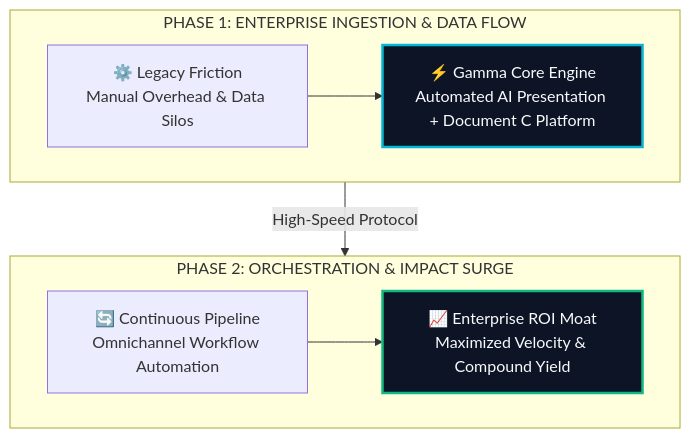
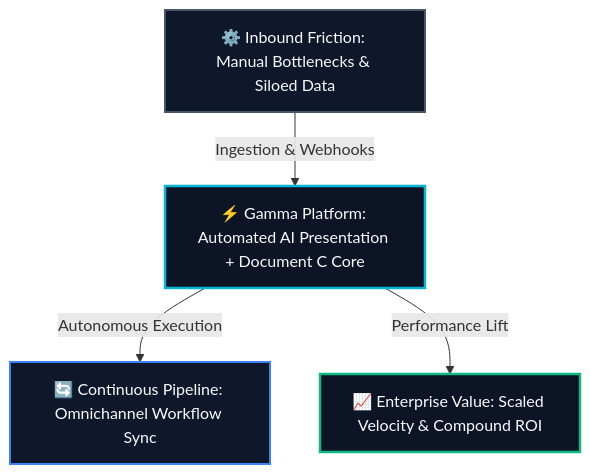
The diagram in site/src/content/blog/gamma-evolution-guide-2026.md (heliatech-media/saas-radar), drawn with Mermaid before and after one commit. The commit also changed 93 other files, not shown here.

First line of the commit message:
fix(diagrams): resolve dagre-d3 subgraph collision by migrating to balanced 3-tier Hub & Spoke architecture

````diff
--- a/site/src/content/blog/gamma-evolution-guide-2026.md
+++ b/site/src/content/blog/gamma-evolution-guide-2026.md
@@ -62,14 +62,14 @@
 ```mermaid
 flowchart TD
-    subgraph S1["PHASE 1: ENTERPRISE INGESTION & DATA FLOW"]
-        direction LR
-        A["⚙️ Legacy Friction<br/>Manual Overhead & Data Silos"] --> B["⚡ Gamma Core Engine<br/>Automated AI Presentation + Document C Platform"]
-    end
-    subgraph S2["PHASE 2: ORCHESTRATION & IMPACT SURGE"]
-        direction LR
-        C["🔄 Continuous Pipeline<br/>Omnichannel Workflow Automation"] --> D["📈 Enterprise ROI Moat<br/>Maximized Velocity & Compound Yield"]
-    end
-    S1 -->|High-Speed Protocol| S2
-    style B fill:#0c1425,stroke:#06b6d4,stroke-width:2.5px,color:#f8fafc
-    style D fill:#0c1425,stroke:#10b981,stroke-width:2.5px,color:#f8fafc
+    Inp["⚙️ Inbound Friction: Manual Bottlenecks & Siloed Data"]
+    Eng["⚡ Gamma Platform: Automated AI Presentation + Document C Core"]
+    Out1["🔄 Continuous Pipeline: Omnichannel Workflow Sync"]
+    Out2["📈 Enterprise Value: Scaled Velocity & Compound ROI"]
+    Inp -->|Ingestion & Webhooks| Eng
+    Eng -->|Autonomous Execution| Out1
+    Eng -->|Performance Lift| Out2
+    style Inp fill:#0f172a,stroke:#475569,stroke-width:2px,color:#f8fafc
+    style Eng fill:#0c1425,stroke:#06b6d4,stroke-width:2.5px,color:#f8fafc
+    style Out1 fill:#0f172a,stroke:#3b82f6,stroke-width:2px,color:#f8fafc
+    style Out2 fill:#0c1425,stroke:#10b981,stroke-width:2.5px,color:#f8fafc
 ```
````
